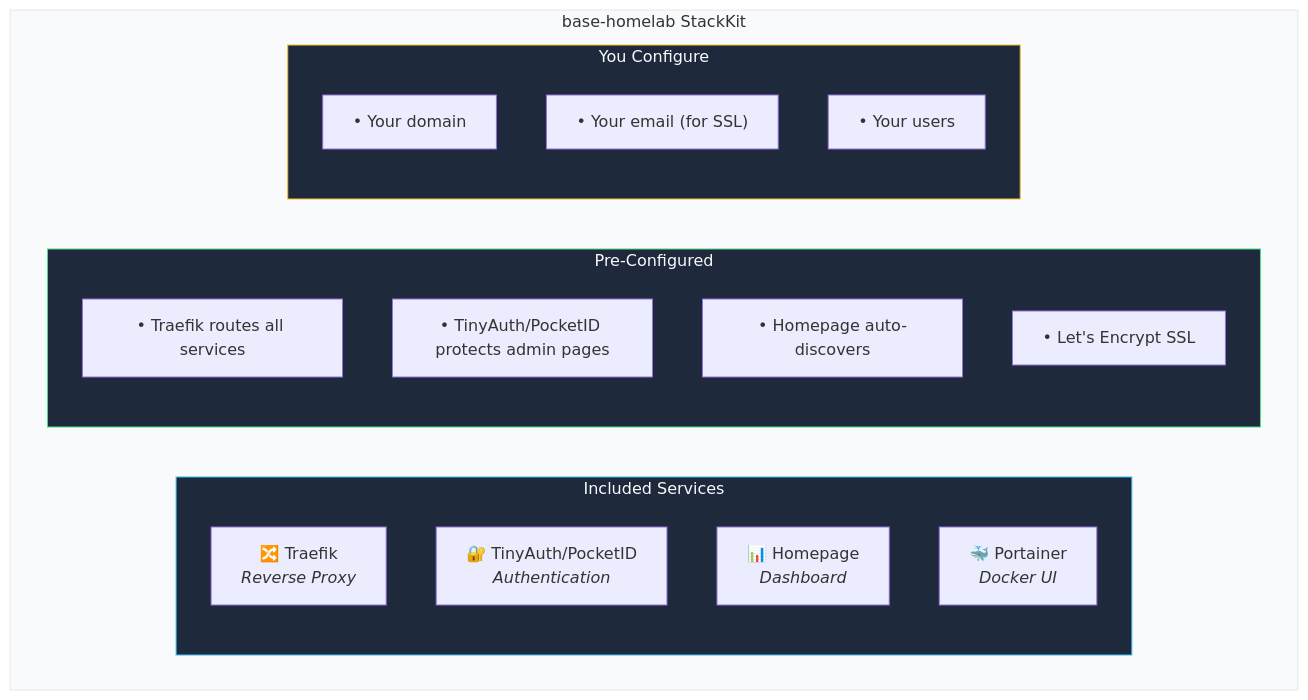
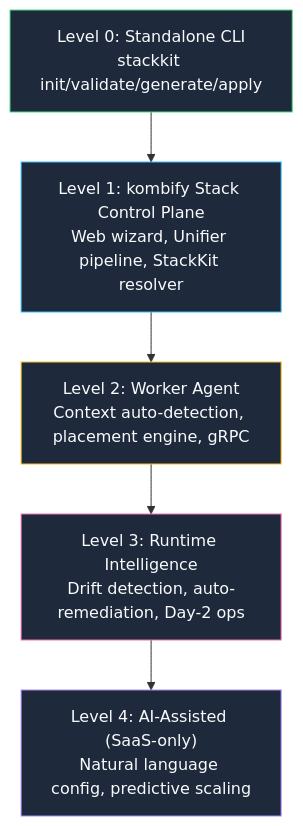
Before and after one commit to KombiverseLabs/docs: the second of 2 diagrams in concepts/stackkits.mdx, drawn with Mermaid. The commit also changed other lines of this file and 1 other file, not shown here.

First line of the commit message:
docs: rewrite StackKits pages for v4 architecture

````diff
--- a/concepts/stackkits.mdx
+++ b/concepts/stackkits.mdx
@@ -225,29 +211,16 @@
 ```mermaid
 graph TB
-    subgraph BaseHomelab["base-homelab StackKit"]
-        subgraph Services["Included Services"]
-            Traefik["🔀 Traefik<br/><i>Reverse Proxy</i>"]
-            Authelia["🔐 TinyAuth/PocketID<br/><i>Authentication</i>"]
-            Homepage["📊 Homepage<br/><i>Dashboard</i>"]
-            Portainer["🐳 Portainer<br/><i>Docker UI</i>"]
-        end
-
-        subgraph Preconfigured["Pre-Configured"]
-            Routes["• Traefik routes all services"]
-            Auth["• TinyAuth/PocketID protects admin pages"]
-            Discovery["• Homepage auto-discovers"]
-            SSL["• Let's Encrypt SSL"]
-        end
-
-        subgraph YouConfigure["You Configure"]
-            Domain["• Your domain"]
-            Email["• Your email (for SSL)"]
-            Users["• Your users"]
-        end
-    end
-
-    style BaseHomelab fill:#f8fafc,stroke:#e2e8f0
-    style Services fill:#1e293b,stroke:#38bdf8,color:#f8fafc
-    style Preconfigured fill:#1e293b,stroke:#4ade80,color:#f8fafc
-    style YouConfigure fill:#1e293b,stroke:#fbbf24,color:#f8fafc
+    L0["Level 0: Standalone CLI<br/>stackkit init/validate/generate/apply"]
+    L1["Level 1: kombify Stack Control Plane<br/>Web wizard, Unifier pipeline, StackKit resolver"]
+    L2["Level 2: Worker Agent<br/>Context auto-detection, placement engine, gRPC"]
+    L3["Level 3: Runtime Intelligence<br/>Drift detection, auto-remediation, Day-2 ops"]
+    L4["Level 4: AI-Assisted (SaaS-only)<br/>Natural language config, predictive scaling"]
+    
+    L0 --> L1 --> L2 --> L3 --> L4
+    
+    style L0 fill:#1e293b,stroke:#4ade80,color:#f8fafc
+    style L1 fill:#1e293b,stroke:#38bdf8,color:#f8fafc
+    style L2 fill:#1e293b,stroke:#fbbf24,color:#f8fafc
+    style L3 fill:#1e293b,stroke:#f472b6,color:#f8fafc
+    style L4 fill:#1e293b,stroke:#a78bfa,color:#f8fafc
 ```
````
